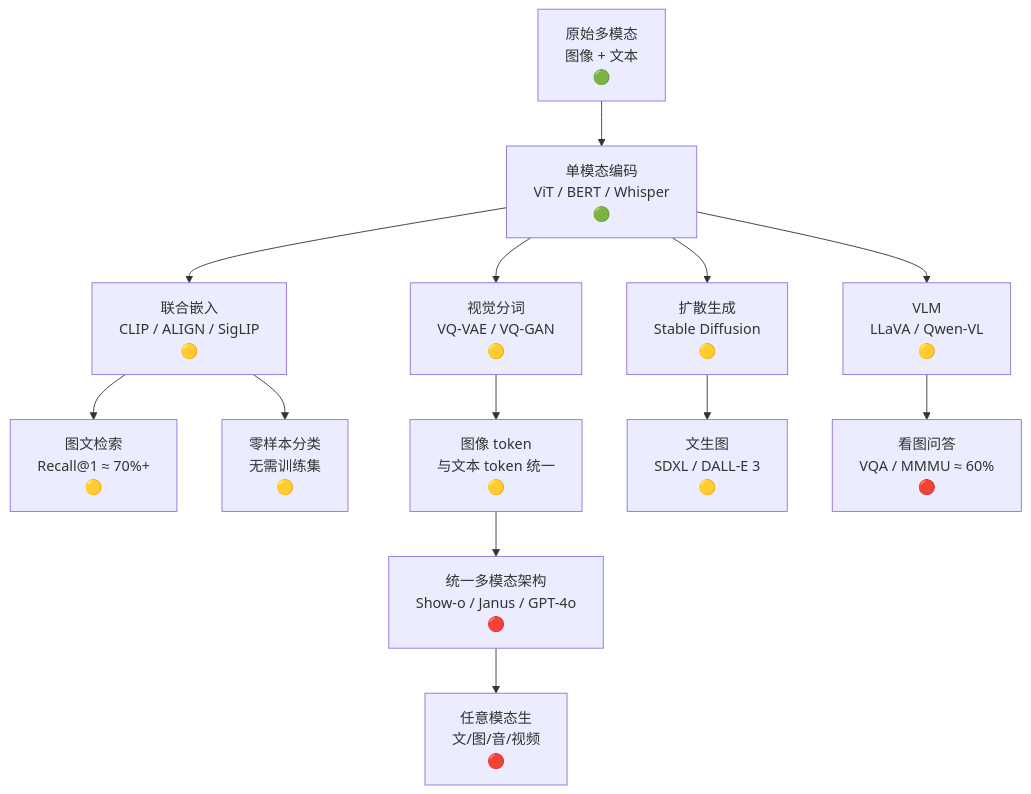
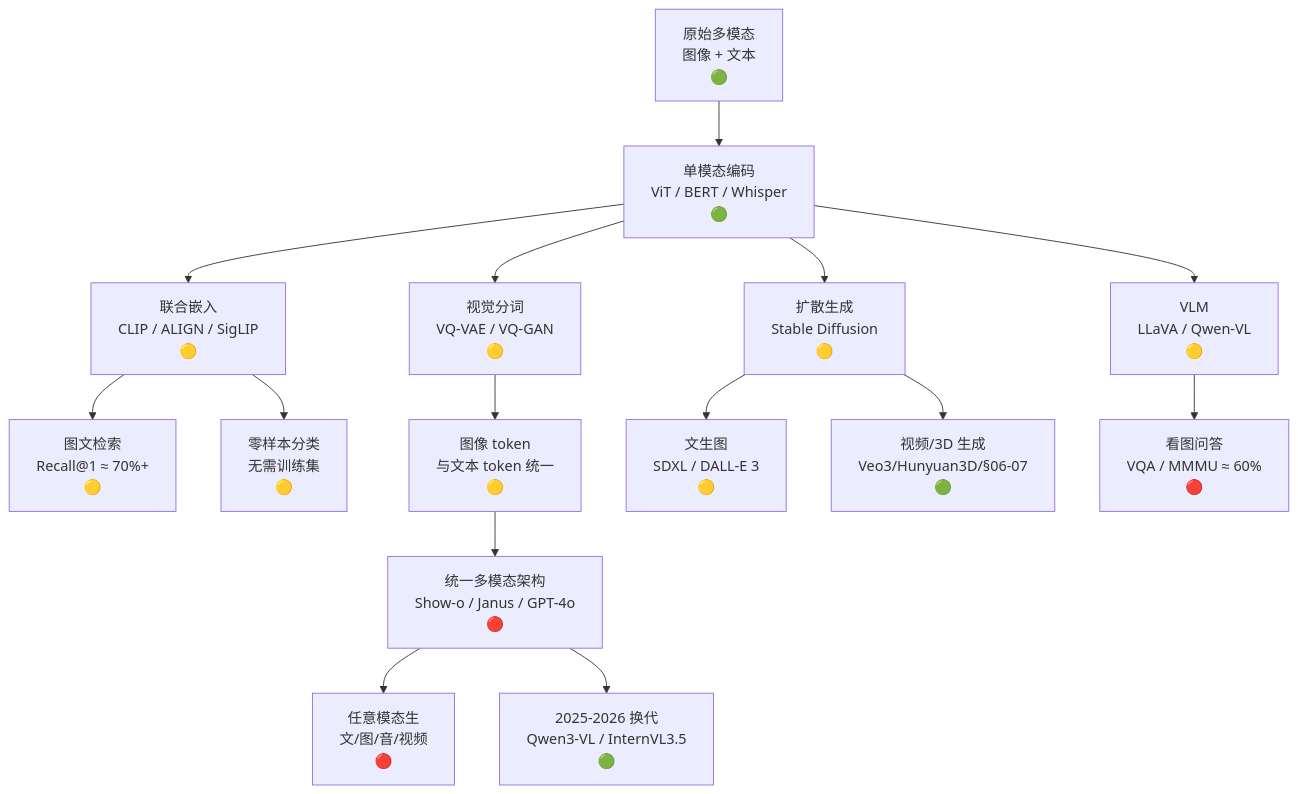
Before and after one commit to godlockin/maths-cs-ai-compendium: the diagram in zh/教辅/信息图/第10章.md, drawn with Mermaid. The commit also changed other lines of this file and 8 other files, not shown here.

First line of the commit message:
Ch10 构建前审校 + 联网时效核实 (Qwen3-VL/InternVL3.5)

````diff
--- a/zh/教辅/信息图/第10章.md
+++ b/zh/教辅/信息图/第10章.md
@@ -9,41 +9,47 @@
 ```mermaid
 flowchart TB
     A["原始多模态
 图像 + 文本
 🟢"] --> B["单模态编码
 ViT / BERT / Whisper
 🟢"]
     B --> C["联合嵌入
 CLIP / ALIGN / SigLIP
 🟡"]
     C --> D["图文检索
 Recall@1 ≈ 70%+
 🟡"]
     C --> E["零样本分类
 无需训练集
 🟡"]
     B --> F["视觉分词
 VQ-VAE / VQ-GAN
 🟡"]
     F --> G["图像 token
 与文本 token 统一
 🟡"]
     G --> H["统一多模态架构
 Show-o / Janus / GPT-4o
 🔴"]
     B --> I["扩散生成
 Stable Diffusion
 🟡"]
     I --> J["文生图
 SDXL / DALL-E 3
 🟡"]
     B --> K["VLM
 LLaVA / Qwen-VL
 🟡"]
     K --> L["看图问答
 VQA / MMMU ≈ 60%
 🔴"]
     H --> M["任意模态生
 文/图/音/视频
 🔴"]
+    H --> N["2025-2026 换代
+Qwen3-VL / InternVL3.5
+🟢"]
+    I --> O["视频/3D 生成
+Veo3/Hunyuan3D/§06-07
+🟢"]
 ```
````
